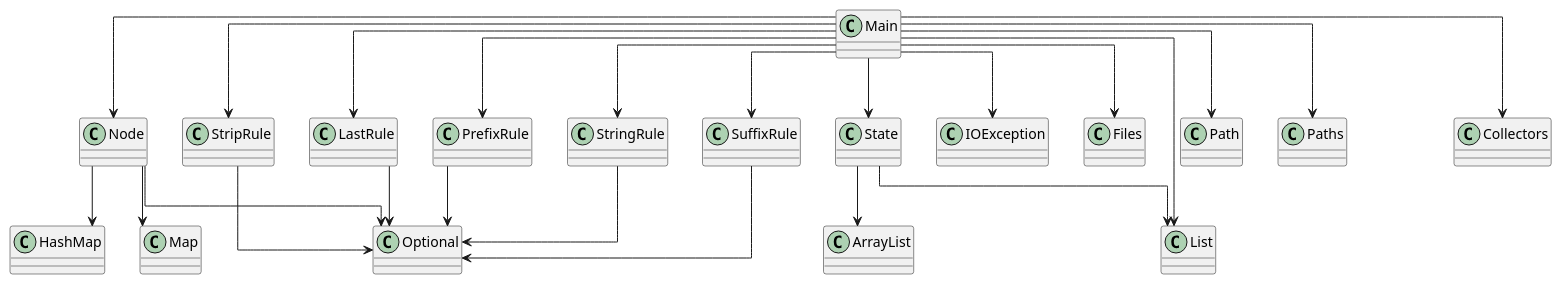
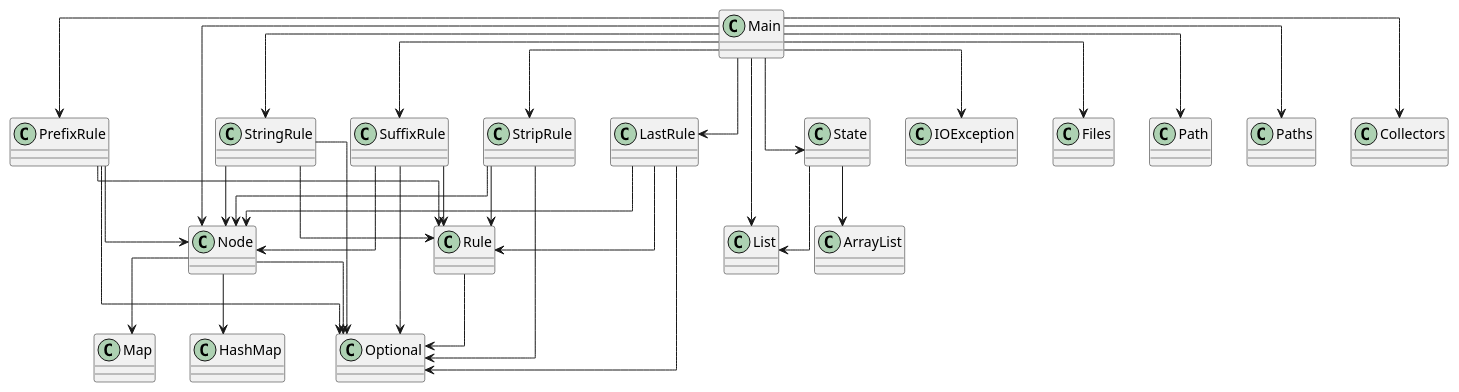
One commit to SirMathhman/Magma changed the diagram in diagram.puml. Above: the diagram before and after it, drawn with PlantUML. The commit also changed 7 other files, not shown here.

```diff
--- a/diagram.puml
+++ b/diagram.puml
@@ -1,34 +1,46 @@
 @startuml
 skinparam linetype ortho
 Node --> HashMap
 Node --> Map
 Node --> Optional
 class Node
+SuffixRule --> Node
+SuffixRule --> Rule
+SuffixRule --> Optional
+class SuffixRule
+Rule --> Optional
+class Rule
+StripRule --> Node
+StripRule --> Rule
 StripRule --> Optional
 class StripRule
+LastRule --> Node
+LastRule --> Rule
+LastRule --> Optional
+class LastRule
 Main --> LastRule
 Main --> Node
 Main --> PrefixRule
 Main --> State
 Main --> StringRule
 Main --> StripRule
 Main --> SuffixRule
 Main --> IOException
 Main --> Files
 Main --> Path
 Main --> Paths
 Main --> List
 Main --> Collectors
 class Main
+PrefixRule --> Node
+PrefixRule --> Rule
+PrefixRule --> Optional
+class PrefixRule
+StringRule --> Node
+StringRule --> Rule
 StringRule --> Optional
 class StringRule
-LastRule --> Optional
-class LastRule
-PrefixRule --> Optional
-class PrefixRule
-SuffixRule --> Optional
-class SuffixRule
 State --> ArrayList
 State --> List
 class State
 @enduml
```
